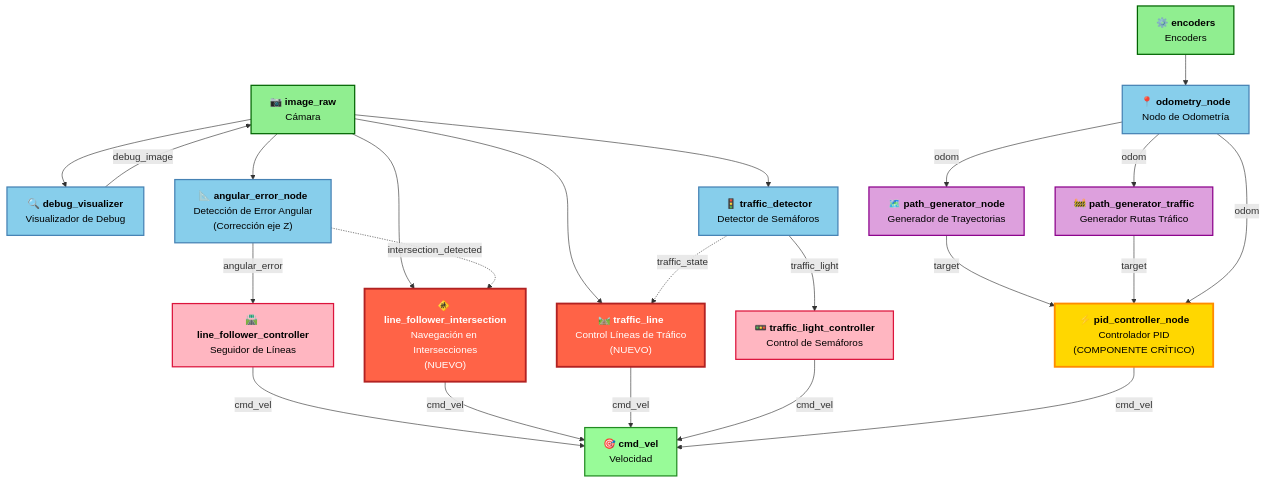
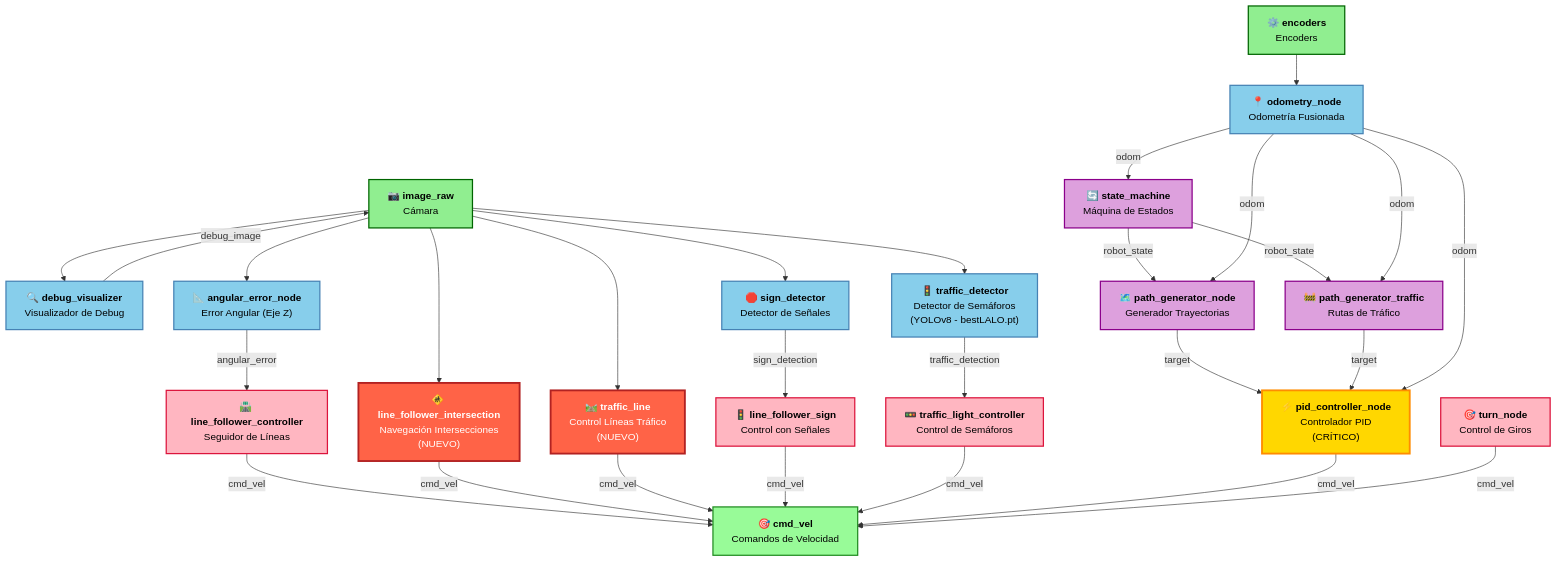
Before and after one commit to AldonDC/puzzlebot-ros2-control: the diagram in README.md, drawn with Mermaid. The commit also changed other lines of this file, not shown here.

```diff
--- a/README.md
+++ b/README.md
@@ -185,47 +196,54 @@
     DebugVis["`🔍 **debug_visualizer**
     Visualizador de Debug`"]
     TrafficDet["`🚦 **traffic_detector**
-    Detector de Semáforos`"]
+    Detector de Semáforos
+    (YOLOv8 - bestLALO.pt)`"]
+    SignDet["`🛑 **sign_detector**
+    Detector de Señales`"]
     AngularError["`📐 **angular_error_node**
-    Detección de Error Angular
-    (Corrección eje Z)`"]
+    Error Angular (Eje Z)`"]
     
     %% Nodos de Control - Básicos
     LineFollower["`🛣️ **line_follower_controller**
     Seguidor de Líneas`"]
     
-    %% Nodos de Control - Nuevos
+    %% Nodos de Control - Nuevos/Mejorados
     LineIntersection["`🚸 **line_follower_intersection**
-    Navegación en Intersecciones
+    Navegación Intersecciones
     (NUEVO)`"]
     TrafficLine["`🛤️ **traffic_line**
-    Control Líneas de Tráfico
+    Control Líneas Tráfico
     (NUEVO)`"]
+    LineFollowerSign["`🚦 **line_follower_sign**
+    Control con Señales`"]
     
     %% Nodos de Control - Avanzados
     TrafficLight["`🚥 **traffic_light_controller**
     Control de Semáforos`"]
     PIDController["`⚡ **pid_controller_node**
     Controlador PID
-    (COMPONENTE CRÍTICO)`"]
+    (CRÍTICO)`"]
+    TurnNode["`🎯 **turn_node**
+    Control de Giros`"]
     
-    %% Nodos de Planificación
+    %% Nodos de Planificación y Estado
     PathGen["`🗺️ **path_generator_node**
-    Generador de Trayectorias`"]
+    Generador Trayectorias`"]
     PathTraffic["`🚧 **path_generator_traffic**
-    Generador Rutas Tráfico`"]
-    
-    %% Nodos de Estado
+    Rutas de Tráfico`"]
     Odometry["`📍 **odometry_node**
-    Nodo de Odometría`"]
+    Odometría Fusionada`"]
+    StateMachine["`🔄 **state_machine**
+    Máquina de Estados`"]
     
     %% Actuadores
     CmdVel["`🎯 **cmd_vel**
-    Velocidad`"]
+    Comandos de Velocidad`"]
     
     %% Conexiones de Sensores
     Camera --> DebugVis
     Camera --> TrafficDet
+    Camera --> SignDet
     Camera --> AngularError
     Camera --> LineIntersection
     Camera --> TrafficLine
@@ -234,30 +252,28 @@
     
     %% Conexiones de Detección
     DebugVis -->|debug_image| Camera
-    TrafficDet -->|traffic_light| TrafficLight
+    TrafficDet -->|traffic_detection| TrafficLight
+    SignDet -->|sign_detection| LineFollowerSign
     AngularError -->|angular_error| LineFollower
     
-    %% Conexiones de Control Básico
+    %% Conexiones de Control
     LineFollower -->|cmd_vel| CmdVel
-    
-    %% Conexiones de Control Nuevos
     LineIntersection -->|cmd_vel| CmdVel
     TrafficLine -->|cmd_vel| CmdVel
-    
-    %% Conexiones de Control Avanzado
+    LineFollowerSign -->|cmd_vel| CmdVel
     TrafficLight -->|cmd_vel| CmdVel
     PIDController -->|cmd_vel| CmdVel
+    TurnNode -->|cmd_vel| CmdVel
     
-    %% Conexiones de Planificación
+    %% Conexiones de Estado y Planificación
+    StateMachine -->|robot_state| PathGen
+    StateMachine -->|robot_state| PathTraffic
     PathGen -->|target| PIDController
     PathTraffic -->|target| PIDController
     Odometry -->|odom| PathGen
     Odometry -->|odom| PathTraffic
     Odometry -->|odom| PIDController
-    
-    %% Flujos de información complejos
-    TrafficDet -.->|traffic_state| TrafficLine
-    AngularError -.->|intersection_detected| LineIntersection
+    Odometry -->|odom| StateMachine
     
     %% Estilos
     classDef sensor fill:#90EE90,stroke:#006400,stroke-width:2px,color:#000
@@ -270,10 +286,10 @@
     
     %% Aplicar estilos
     class Camera,Encoders sensor
-    class DebugVis,TrafficDet,AngularError detection
-    class LineFollower,TrafficLight control
+    class DebugVis,TrafficDet,SignDet,AngularError detection
+    class LineFollower,TrafficLight,LineFollowerSign,TurnNode control
     class LineIntersection,TrafficLine new
-    class PathGen,PathTraffic planning
+    class PathGen,PathTraffic,StateMachine planning
     class PIDController critical
     class Odometry detection
     class CmdVel actuator
```
